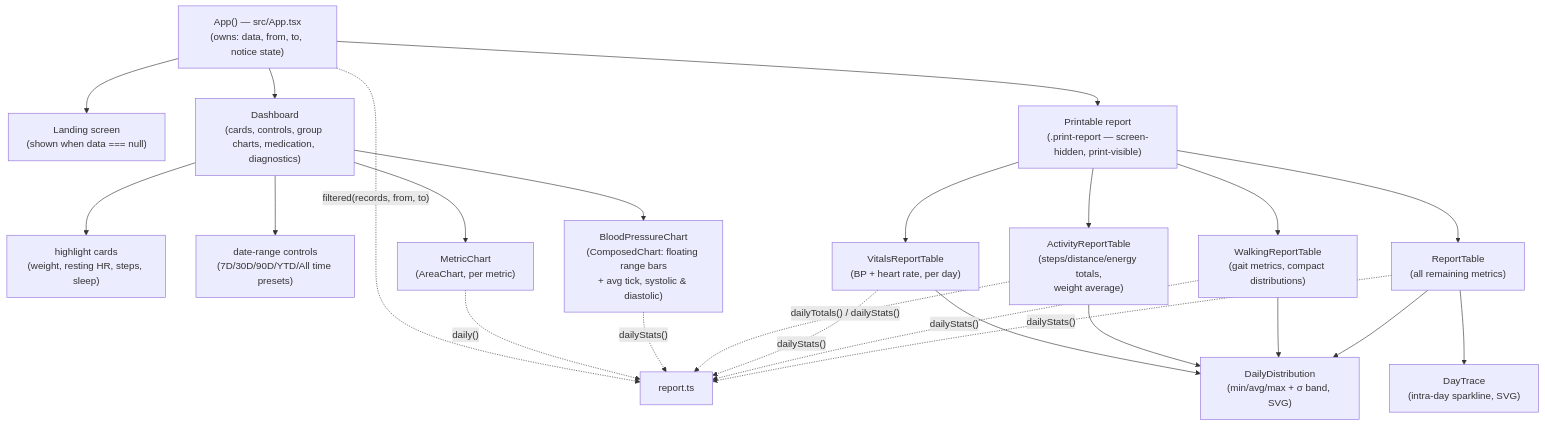
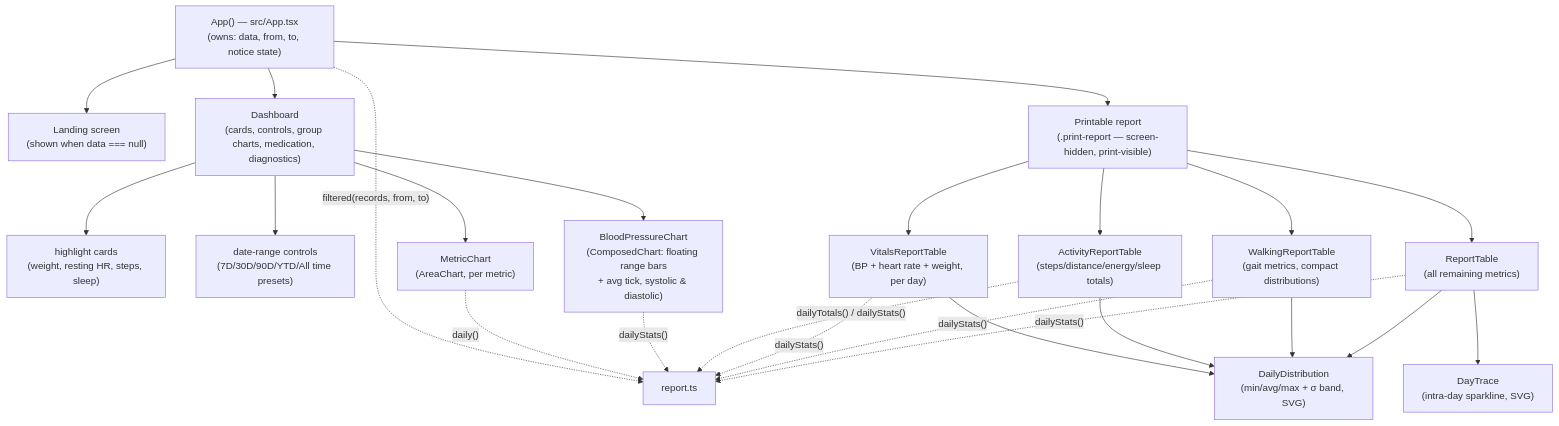
One commit to kiforsbe/ahdreport changed the third of 6 diagrams in docs/ARCHITECTURE.md. Above: the diagram before and after it, drawn with Mermaid. The commit also changed 5 other files, not shown here.

````diff
--- a/docs/ARCHITECTURE.md
+++ b/docs/ARCHITECTURE.md
@@ -176,36 +176,36 @@
 ```mermaid
 flowchart TB
     App["App() — src/App.tsx\n(owns: data, from, to, notice state)"]
 
     Landing["Landing screen\n(shown when data === null)"]
     Dashboard["Dashboard\n(cards, controls, group charts, medication, diagnostics)"]
     PrintReport["Printable report\n(.print-report — screen-hidden, print-visible)"]
 
     App --> Landing
     App --> Dashboard
     App --> PrintReport
 
     Dashboard --> Cards["highlight cards\n(weight, resting HR, steps, sleep)"]
     Dashboard --> Controls["date-range controls\n(7D/30D/90D/YTD/All time presets)"]
     Dashboard --> MetricChart["MetricChart\n(AreaChart, per metric)"]
     Dashboard --> BpChart["BloodPressureChart\n(ComposedChart: floating range bars\n+ avg tick, systolic & diastolic)"]
 
-    PrintReport --> VitalsTable["VitalsReportTable\n(BP + heart rate, per day)"]
-    PrintReport --> ActivityTable["ActivityReportTable\n(steps/distance/energy totals,\nweight average)"]
+    PrintReport --> VitalsTable["VitalsReportTable\n(BP + heart rate + weight, per day)"]
+    PrintReport --> ActivityTable["ActivityReportTable\n(steps/distance/energy/sleep totals)"]
     PrintReport --> WalkingTable["WalkingReportTable\n(gait metrics, compact distributions)"]
     PrintReport --> ReportTable["ReportTable\n(all remaining metrics)"]
 
     VitalsTable --> DailyDistribution["DailyDistribution\n(min/avg/max + σ band, SVG)"]
     ActivityTable --> DailyDistribution
     WalkingTable --> DailyDistribution
     ReportTable --> DailyDistribution
     ReportTable --> DayTrace["DayTrace\n(intra-day sparkline, SVG)"]
 
     App -.->|"filtered(records, from, to)"| ReportLib["report.ts"]
     MetricChart -.->|"daily()"| ReportLib
     BpChart -.->|"dailyStats()"| ReportLib
     ActivityTable -.->|"dailyTotals() / dailyStats()"| ReportLib
     VitalsTable -.->|"dailyStats()"| ReportLib
     WalkingTable -.->|"dailyStats()"| ReportLib
     ReportTable -.->|"dailyStats()"| ReportLib
 ```
````
